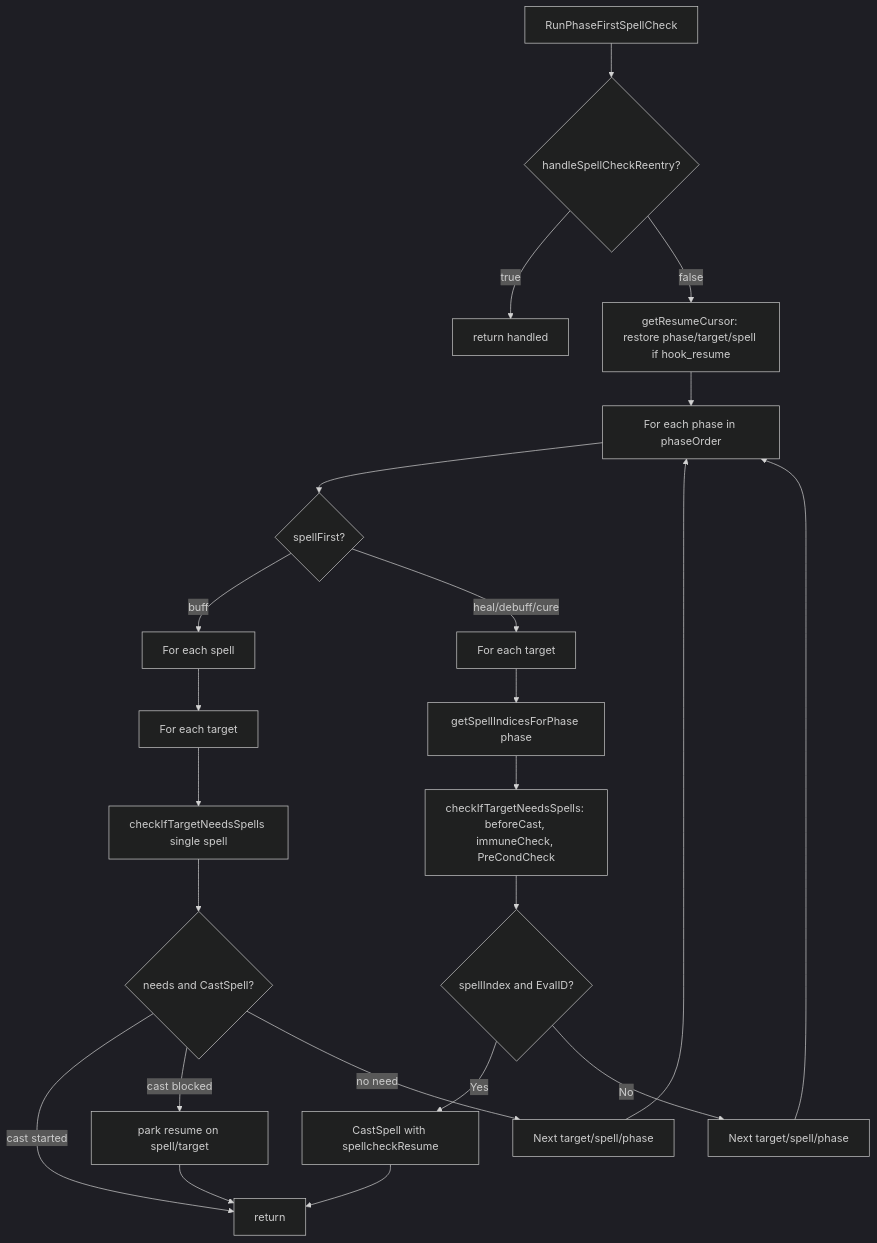
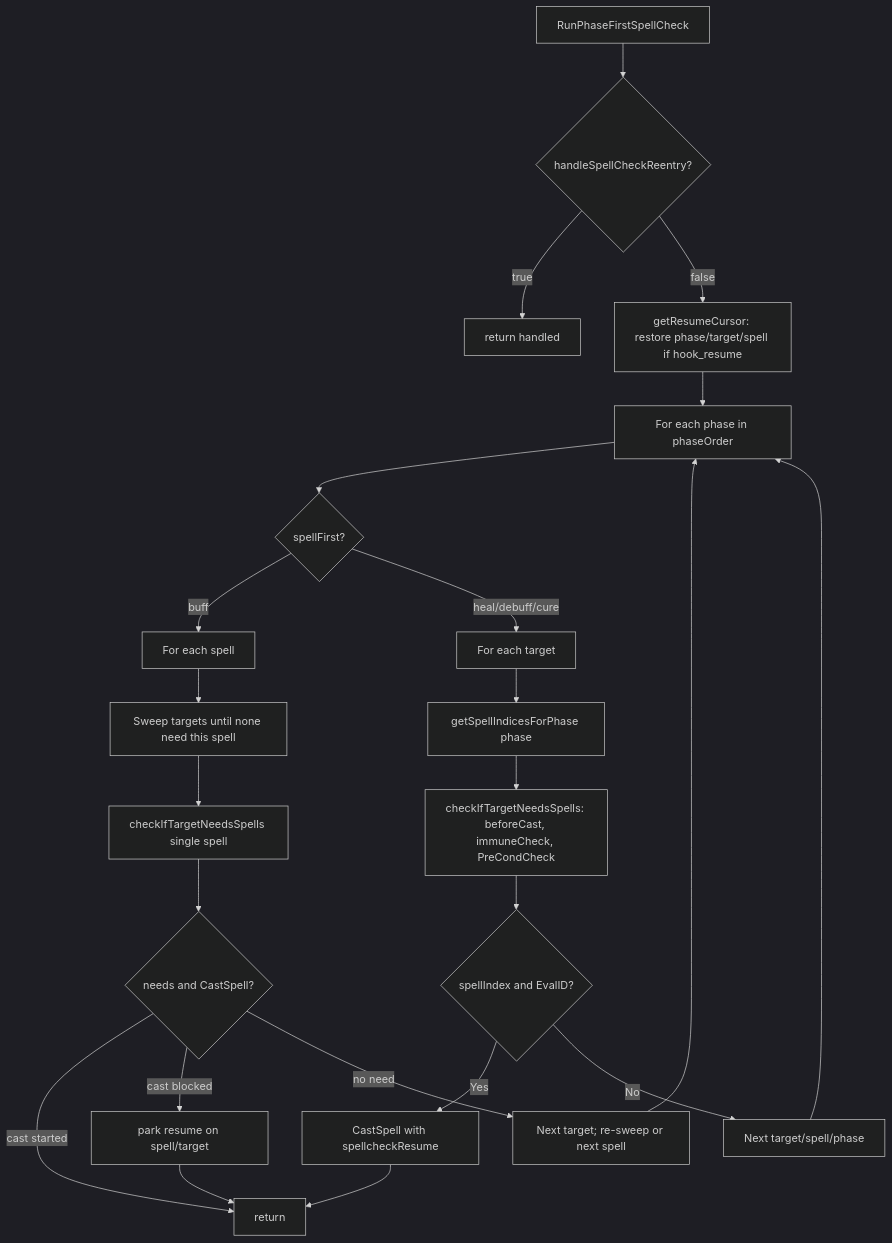
One commit to Cezero/czbot changed the first of 3 diagrams in docs/botlogic/spell-casting-flow.md. Above: the diagram before and after it, drawn with Mermaid (dark theme). The commit also changed other lines of this file and 4 other files, not shown here.

````diff
--- a/docs/botlogic/spell-casting-flow.md
+++ b/docs/botlogic/spell-casting-flow.md
@@ -9,25 +9,25 @@
 ```mermaid
 flowchart TB
     Start[RunPhaseFirstSpellCheck] --> Reentry{handleSpellCheckReentry?}
     Reentry -->|true| Handled[return handled]
     Reentry -->|false| Cursor[getResumeCursor: restore phase/target/spell if hook_resume]
     Cursor --> Loop[For each phase in phaseOrder]
     Loop --> SpellFirst{spellFirst?}
     SpellFirst -->|buff| SLoop[For each spell]
-    SLoop --> TLoopBuff[For each target]
+    SLoop --> TLoopBuff[Sweep targets until none need this spell]
     TLoopBuff --> CheckBuff[checkIfTargetNeedsSpells single spell]
     CheckBuff --> MatchBuff{needs and CastSpell?}
     MatchBuff -->|cast started| Done[return]
     MatchBuff -->|cast blocked| Park[park resume on spell/target]
-    MatchBuff -->|no need| NextBuff[Next target/spell/phase]
+    MatchBuff -->|no need| NextBuff[Next target; re-sweep or next spell]
     SpellFirst -->|heal/debuff/cure| TLoop[For each target]
     TLoop --> Spells[getSpellIndicesForPhase phase]
     Spells --> Check[checkIfTargetNeedsSpells: beforeCast, immuneCheck, PreCondCheck]
     Check --> Match{spellIndex and EvalID?}
     Match -->|Yes| Cast[CastSpell with spellcheckResume]
     Cast --> Done
     Match -->|No| Next[Next target/spell/phase]
     Next --> Loop
     NextBuff --> Loop
     Park --> Done
 ```
````
